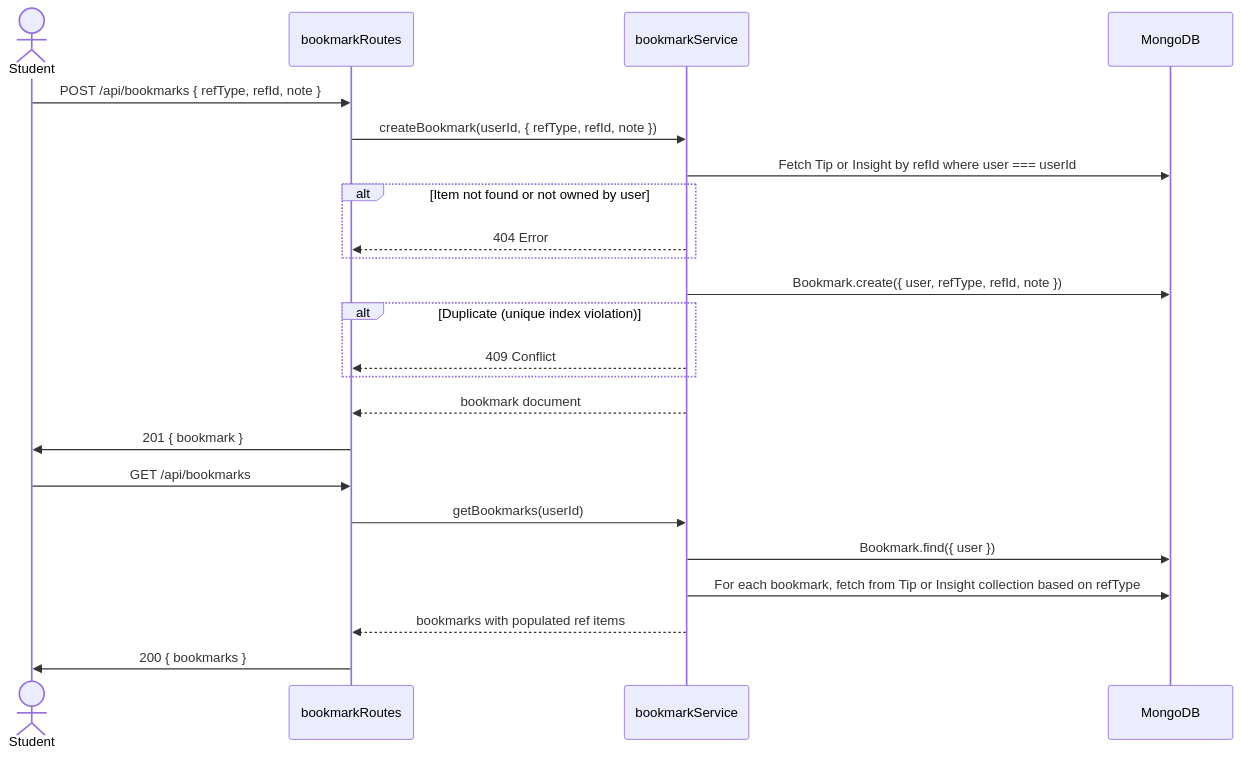
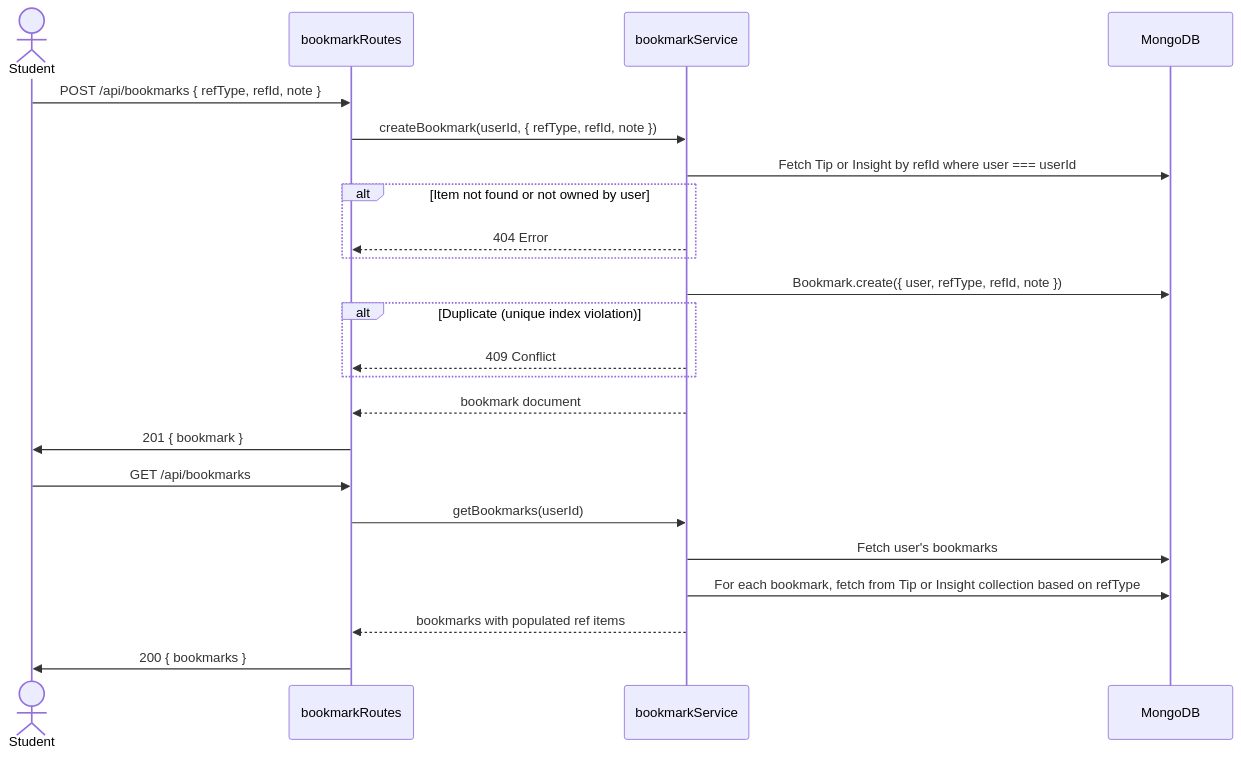
Before and after one commit to Codebits-techwiz/campus_coin: diagram 11 of 13 in server/docs/04-flows.md, drawn with Mermaid. The commit also changed other lines of this file and 8184 other files, not shown here.

````diff
--- a/server/docs/04-flows.md
+++ b/server/docs/04-flows.md
@@ -272,27 +272,27 @@
 ```mermaid
 sequenceDiagram
     actor C as Student
     participant R as bookmarkRoutes
     participant S as bookmarkService
     participant DB as MongoDB
 
     C->>R: POST /api/bookmarks { refType, refId, note }
     R->>S: createBookmark(userId, { refType, refId, note })
     S->>DB: Fetch Tip or Insight by refId where user === userId
     alt Item not found or not owned by user
         S-->>R: 404 Error
     end
     S->>DB: Bookmark.create({ user, refType, refId, note })
     alt Duplicate (unique index violation)
         S-->>R: 409 Conflict
     end
     S-->>R: bookmark document
     R->>C: 201 { bookmark }
 
     C->>R: GET /api/bookmarks
     R->>S: getBookmarks(userId)
-    S->>DB: Bookmark.find({ user })
+    S->>DB: Fetch user's bookmarks
     S->>DB: For each bookmark, fetch from Tip or Insight collection based on refType
     S-->>R: bookmarks with populated ref items
     R->>C: 200 { bookmarks }
 ```
````
